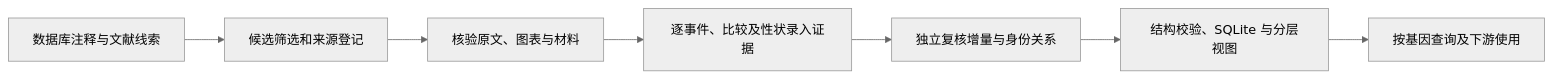
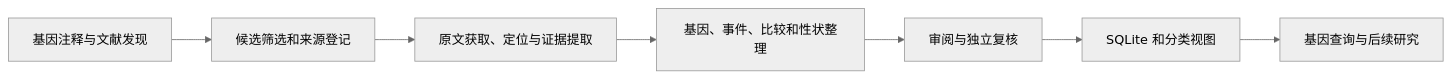
Before and after one commit to RGGMB-haozhenWang/RiceYield_Prior: the diagram in README.md, drawn with Mermaid (neutral theme). The commit also changed other lines of this file and 3 other files, not shown here.

````diff
--- a/README.md
+++ b/README.md
@@ -15,9 +11,9 @@
 ```mermaid
 flowchart LR
-    A[数据库注释与文献线索] --> B[候选筛选和来源登记]
-    B --> C[核验原文、图表与材料]
-    C --> D[逐事件、比较及性状录入证据]
-    D --> E[独立复核增量与身份关系]
-    E --> F[结构校验、SQLite 与分层视图]
-    F --> G[按基因查询及下游使用]
+    A[基因注释与文献发现] --> B[候选筛选和来源登记]
+    B --> C[原文获取、定位与证据提取]
+    C --> D[基因、事件、比较和性状整理]
+    D --> E[审阅与独立复核]
+    E --> F[SQLite 和分类视图]
+    F --> G[基因查询与后续研究]
 ```
````
